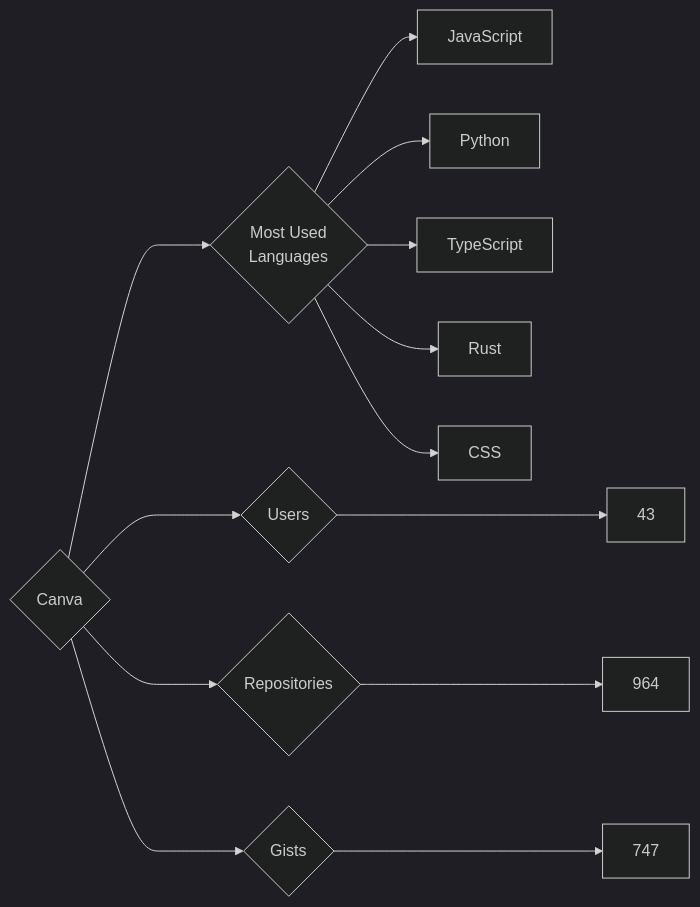
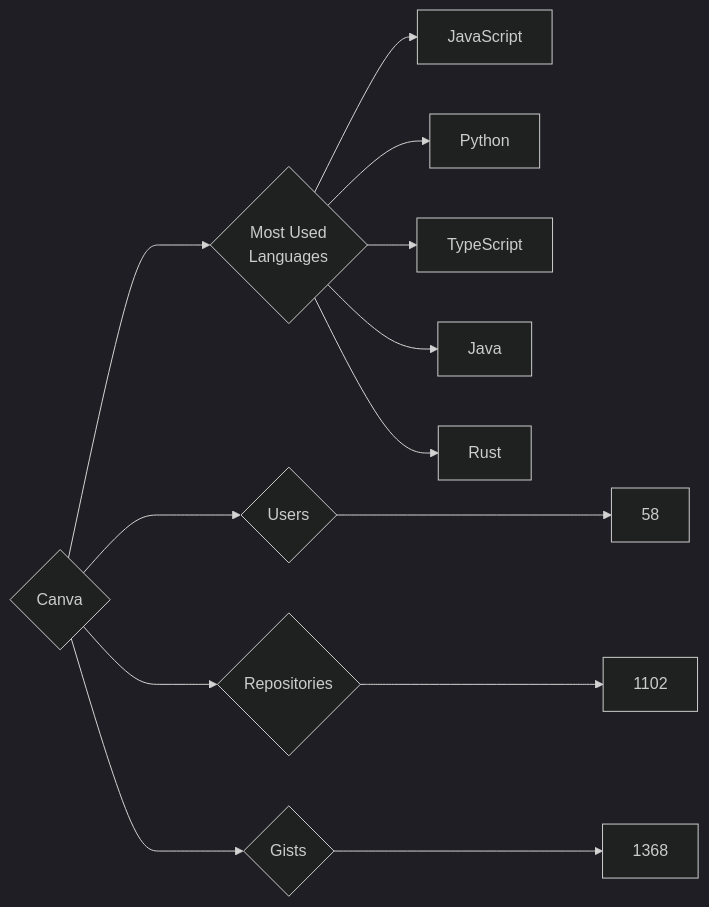
One commit to trickest/insiders changed the diagram in targets/Canva/README.md. Above: the diagram before and after it, drawn with Mermaid (dark theme). The commit also changed 749 other files, not shown here.

````diff
--- a/targets/Canva/README.md
+++ b/targets/Canva/README.md
@@ -3,13 +3,13 @@
 ```mermaid
 graph LR
 COMPANY_NAME{Canva}
-COMPANY_NAME ---> U{Users} ---> UN[43]
-COMPANY_NAME ---> R{Repositories} ---> RN[964]
-COMPANY_NAME ---> G{Gists} ---> GN[747]
+COMPANY_NAME ---> U{Users} ---> UN[58]
+COMPANY_NAME ---> R{Repositories} ---> RN[1102]
+COMPANY_NAME ---> G{Gists} ---> GN[1368]
 COMPANY_NAME ---> ML{Most Used<br>Languages}
 ML --> JavaScript[JavaScript]
 ML --> Python[Python]
 ML --> TypeScript[TypeScript]
+ML --> Java[Java]
 ML --> Rust[Rust]
-ML --> CSS[CSS]
 ```
````
